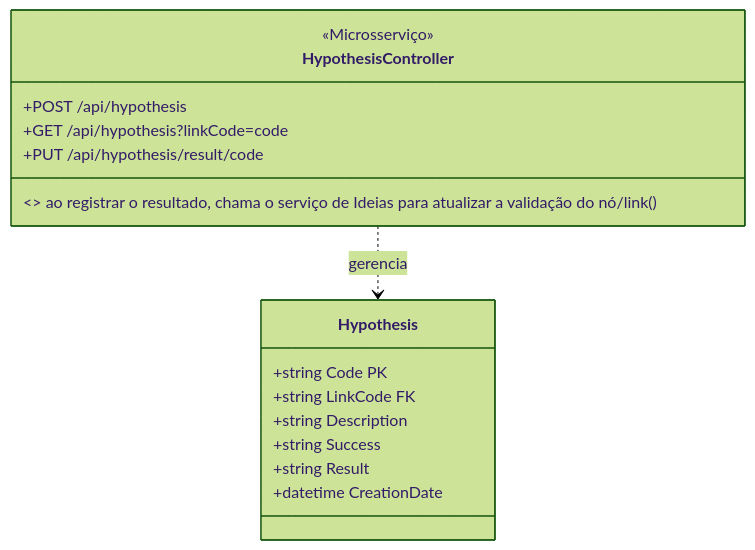
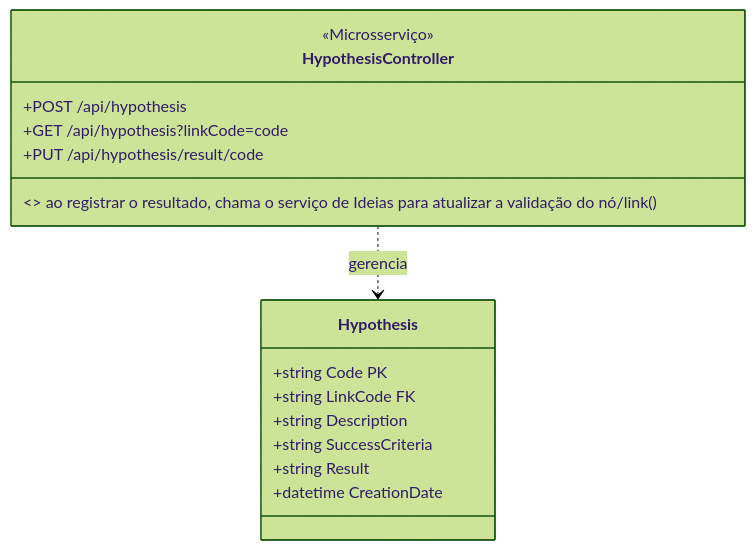
Before and after one commit to thales-vaz-sousa/Branchstorm: the fifth of 8 diagrams in README.md, drawn with Mermaid (forest theme). The commit also changed other lines of this file and 27 other files, not shown here.

````diff
--- a/README.md
+++ b/README.md
@@ -182,21 +198,21 @@
 ```mermaid
 classDiagram
     class HypothesisController {
         <<Microsserviço>>
         +POST /api/hypothesis
         +GET /api/hypothesis?linkCode=code
         +PUT /api/hypothesis/result/code
-        <> ao registrar o resultado, chama o serviço de Ideias para atualizar a validação do nó/link()
+        <<Integração>> ao registrar o resultado, chama o serviço de Ideias para atualizar a validação do nó/link()
     }
 
     class Hypothesis {
         +string Code PK
         +string LinkCode FK
         +string Description
-        +string Success
+        +string SuccessCriteria
         +string Result
         +datetime CreationDate
     }
 
     HypothesisController ..> Hypothesis : gerencia
 ```
````
